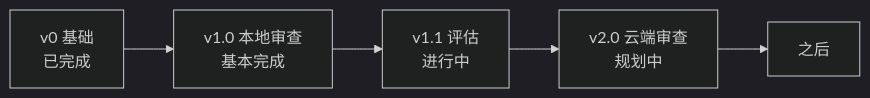
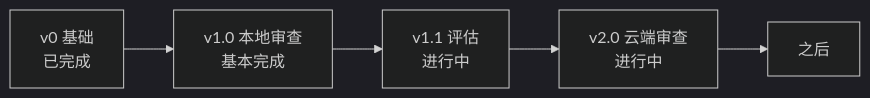
One commit to Pleasurecruise/eyeful changed the diagram in docs/zh/ROADMAP.md. Above: the diagram before and after it, drawn with Mermaid (dark theme). The commit also changed other lines of this file and 96 other files, not shown here.

````diff
--- a/docs/zh/ROADMAP.md
+++ b/docs/zh/ROADMAP.md
@@ -5,7 +5,7 @@
 ```mermaid
 flowchart LR
     v0["v0 基础<br/>已完成"] --> v1["v1.0 本地审查<br/>基本完成"]
     v1 --> v11["v1.1 评估<br/>进行中"]
-    v11 --> v2["v2.0 云端审查<br/>规划中"]
+    v11 --> v2["v2.0 云端审查<br/>进行中"]
     v2 --> later["之后"]
 ```
````
